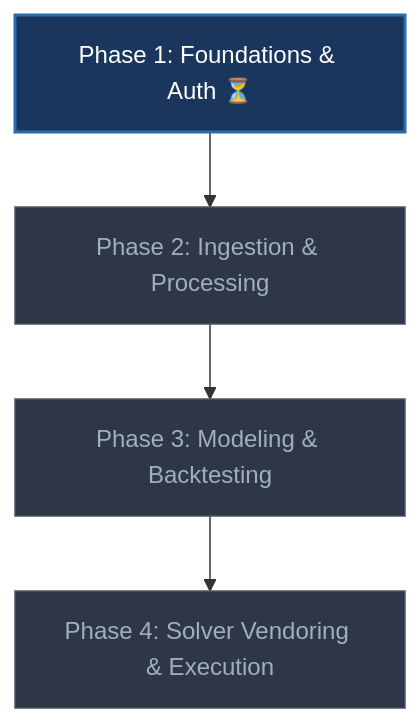
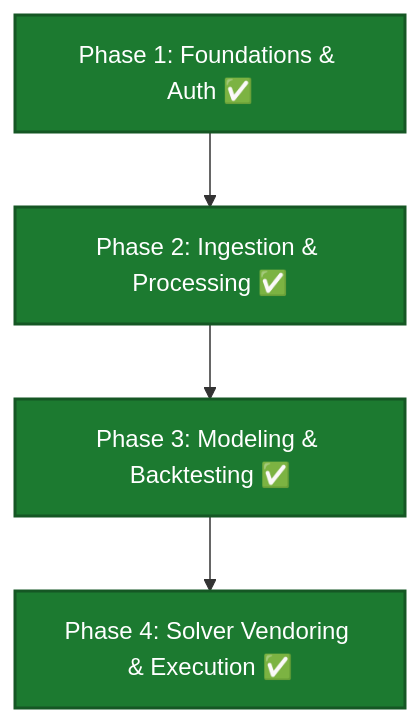
The diagram in ROADMAP.md (JubileeZ/FPL-Jubilee-Ascent), drawn with Mermaid before and after one commit. The commit also changed other lines of this file and 888 other files, not shown here.

````diff
--- a/ROADMAP.md
+++ b/ROADMAP.md
@@ -20,11 +20,11 @@
 ```mermaid
 flowchart TD
-    P1["Phase 1: Foundations & Auth ⏳"] --> P2["Phase 2: Ingestion & Processing"]
-    P2 --> P3["Phase 3: Modeling & Backtesting"]
-    P3 --> P4["Phase 4: Solver Vendoring & Execution"]
+    P1["Phase 1: Foundations & Auth ✅"] --> P2["Phase 2: Ingestion & Processing ✅"]
+    P2 --> P3["Phase 3: Modeling & Backtesting ✅"]
+    P3 --> P4["Phase 4: Solver Vendoring & Execution ✅"]
 
-    style P1 fill:#1a365d,stroke:#2b6cb0,stroke-width:2px,color:#fff
-    style P2 fill:#2d3748,stroke:#4a5568,stroke-width:1px,color:#a0aec0
-    style P3 fill:#2d3748,stroke:#4a5568,stroke-width:1px,color:#a0aec0
-    style P4 fill:#2d3748,stroke:#4a5568,stroke-width:1px,color:#a0aec0
+    style P1 fill:#1c7a30,stroke:#155724,stroke-width:2px,color:#fff
+    style P2 fill:#1c7a30,stroke:#155724,stroke-width:2px,color:#fff
+    style P3 fill:#1c7a30,stroke:#155724,stroke-width:2px,color:#fff
+    style P4 fill:#1c7a30,stroke:#155724,stroke-width:2px,color:#fff
 ```
````
